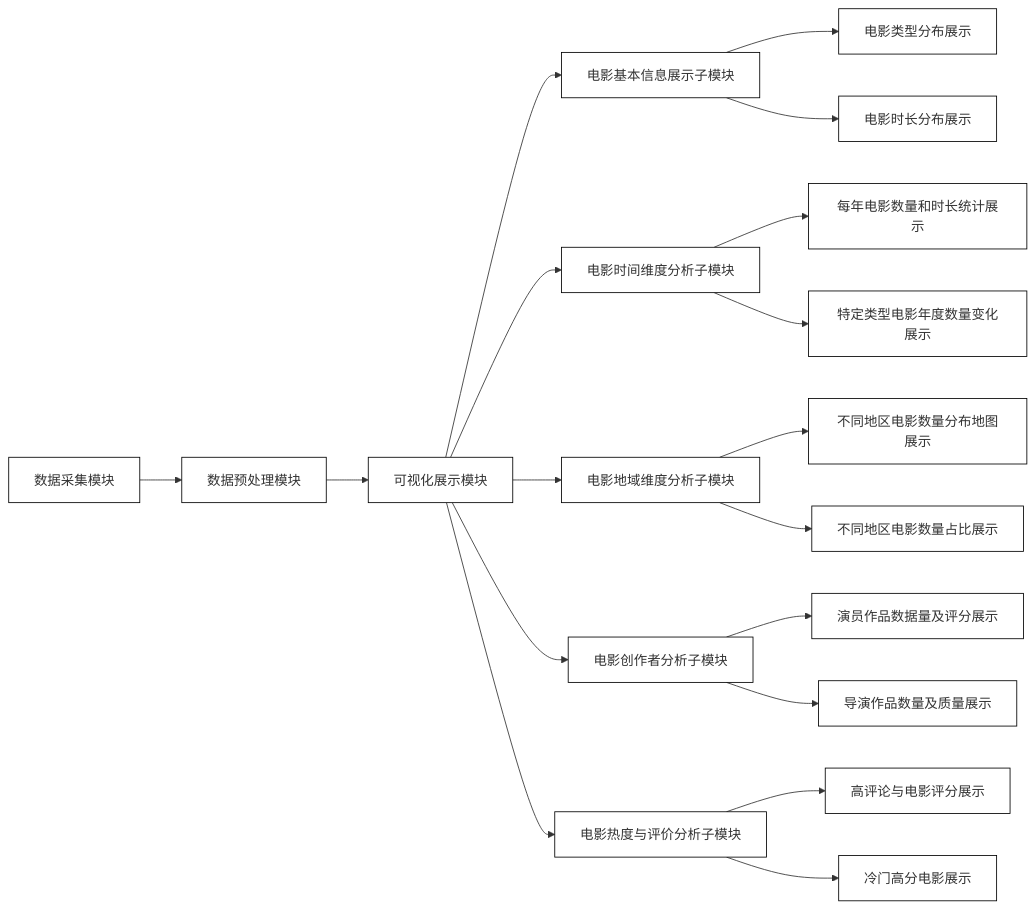
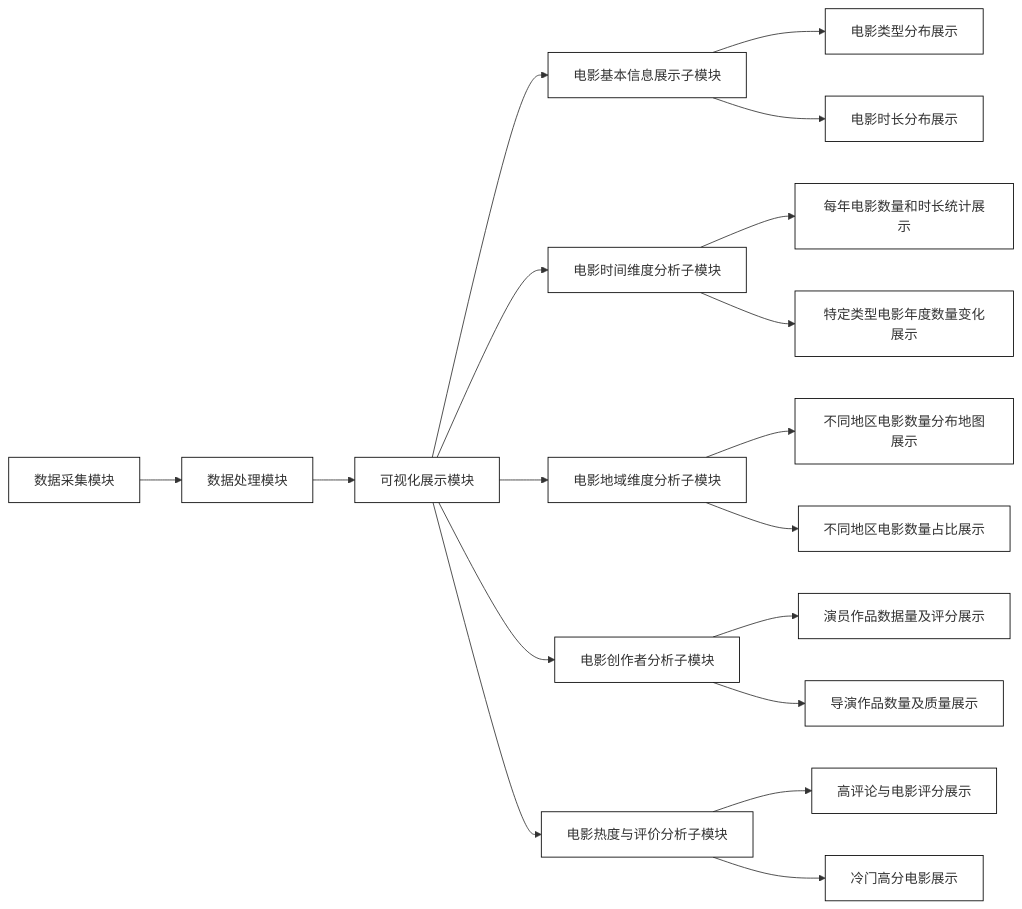
The diagram in all/未命名.md (MP2333/iodraw-files), drawn with Mermaid before and after one commit.

Commit message:
2025-05-27 23:21:52 update

````diff
--- a/all/未命名.md
+++ b/all/未命名.md
@@ -1,23 +1,23 @@
 ```mermaid
 graph LR
-A[数据采集模块] --> B[数据预处理模块]
+A[数据采集模块] --> B[数据处理模块]
 B --> C[可视化展示模块]
 C --> D1[电影基本信息展示子模块]
 C --> D2[电影时间维度分析子模块]
 C --> D3[电影地域维度分析子模块]
 C --> D4[电影创作者分析子模块]
 C --> D5[电影热度与评价分析子模块]
 D1 --> E1[电影类型分布展示]
 D1 --> E2[电影时长分布展示]
 D2 --> E3[每年电影数量和时长统计展示]
 D2 --> E4[特定类型电影年度数量变化展示]
 D3 --> E5[不同地区电影数量分布地图展示]
 D3 --> E6[不同地区电影数量占比展示]
 D4 --> E7[演员作品数据量及评分展示]
 D4 --> E8[导演作品数量及质量展示]
 D5 --> E9[高评论与电影评分展示]
 D5 --> E10[冷门高分电影展示]
 
 classDef default fill:#FFFFFF,stroke:#000000,stroke-width:1px
 class A,B,C,D1,D2,D3,D4,D5,E1,E2,E3,E4,E5,E6,E7,E8,E9,E10 default
 ```
````
